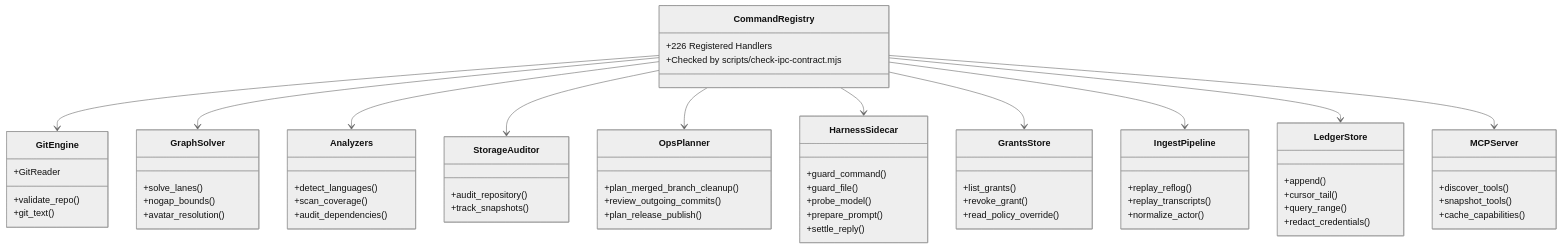
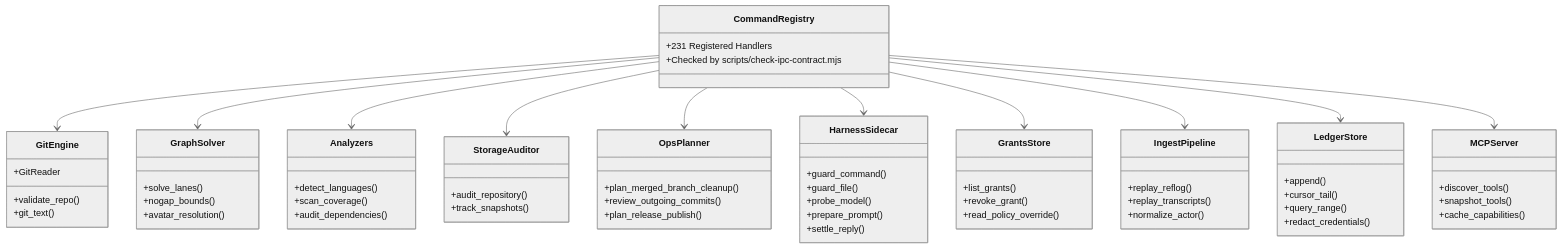
One commit to bharathvbcr/GitPulse changed the third of 4 diagrams in docs/ARCHITECTURE.md. Above: the diagram before and after it, drawn with Mermaid (neutral theme). The commit also changed other lines of this file and 82 other files, not shown here.

````diff
--- a/docs/ARCHITECTURE.md
+++ b/docs/ARCHITECTURE.md
@@ -185,70 +185,70 @@
 ```mermaid
 classDiagram
     class CommandRegistry {
-        +226 Registered Handlers
+        +231 Registered Handlers
         +Checked by scripts/check-ipc-contract.mjs
     }
     class GitEngine {
         +validate_repo()
         +git_text()
         +GitReader
     }
     class GraphSolver {
         +solve_lanes()
         +nogap_bounds()
         +avatar_resolution()
     }
     class Analyzers {
         +detect_languages()
         +scan_coverage()
         +audit_dependencies()
     }
     class StorageAuditor {
         +audit_repository()
         +track_snapshots()
     }
     class GrantsStore {
         +list_grants()
         +revoke_grant()
         +read_policy_override()
     }
     class IngestPipeline {
         +replay_reflog()
         +replay_transcripts()
         +normalize_actor()
     }
     class LedgerStore {
         +append()
         +cursor_tail()
         +query_range()
         +redact_credentials()
     }
     class OpsPlanner {
         +plan_merged_branch_cleanup()
         +review_outgoing_commits()
         +plan_release_publish()
     }
     class MCPServer {
         +discover_tools()
         +snapshot_tools()
         +cache_capabilities()
     }
     class HarnessSidecar {
         +guard_command()
         +guard_file()
         +probe_model()
         +prepare_prompt()
         +settle_reply()
     }
 
     CommandRegistry --> GitEngine
     CommandRegistry --> GraphSolver
     CommandRegistry --> Analyzers
     CommandRegistry --> StorageAuditor
     CommandRegistry --> OpsPlanner
     CommandRegistry --> HarnessSidecar
     CommandRegistry --> GrantsStore
     CommandRegistry --> IngestPipeline
     CommandRegistry --> LedgerStore
     CommandRegistry --> MCPServer
 ```
````
